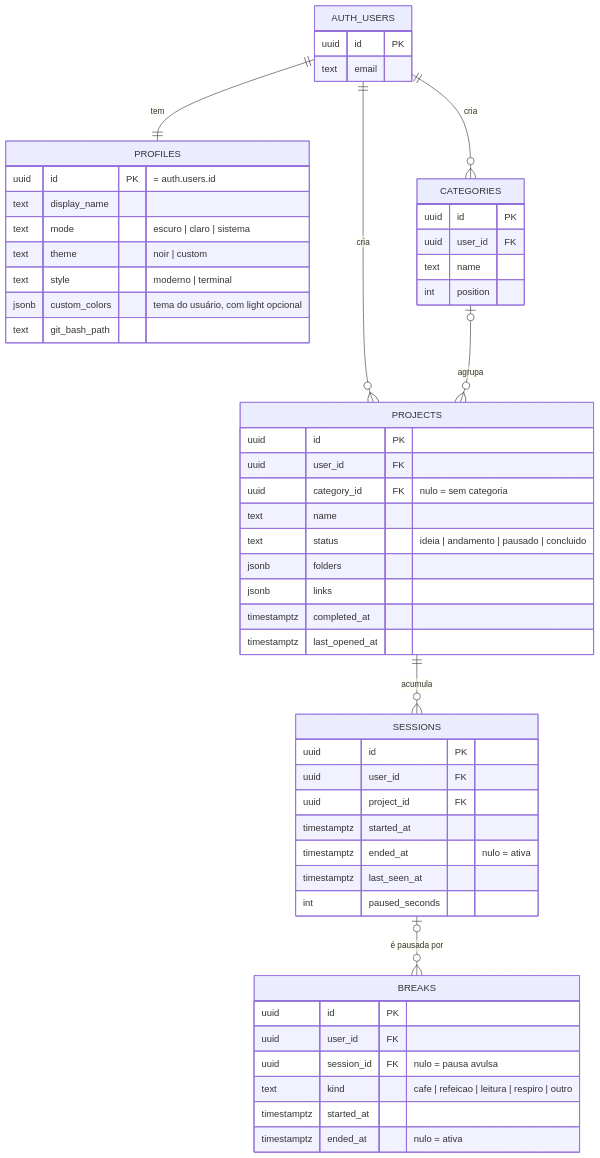
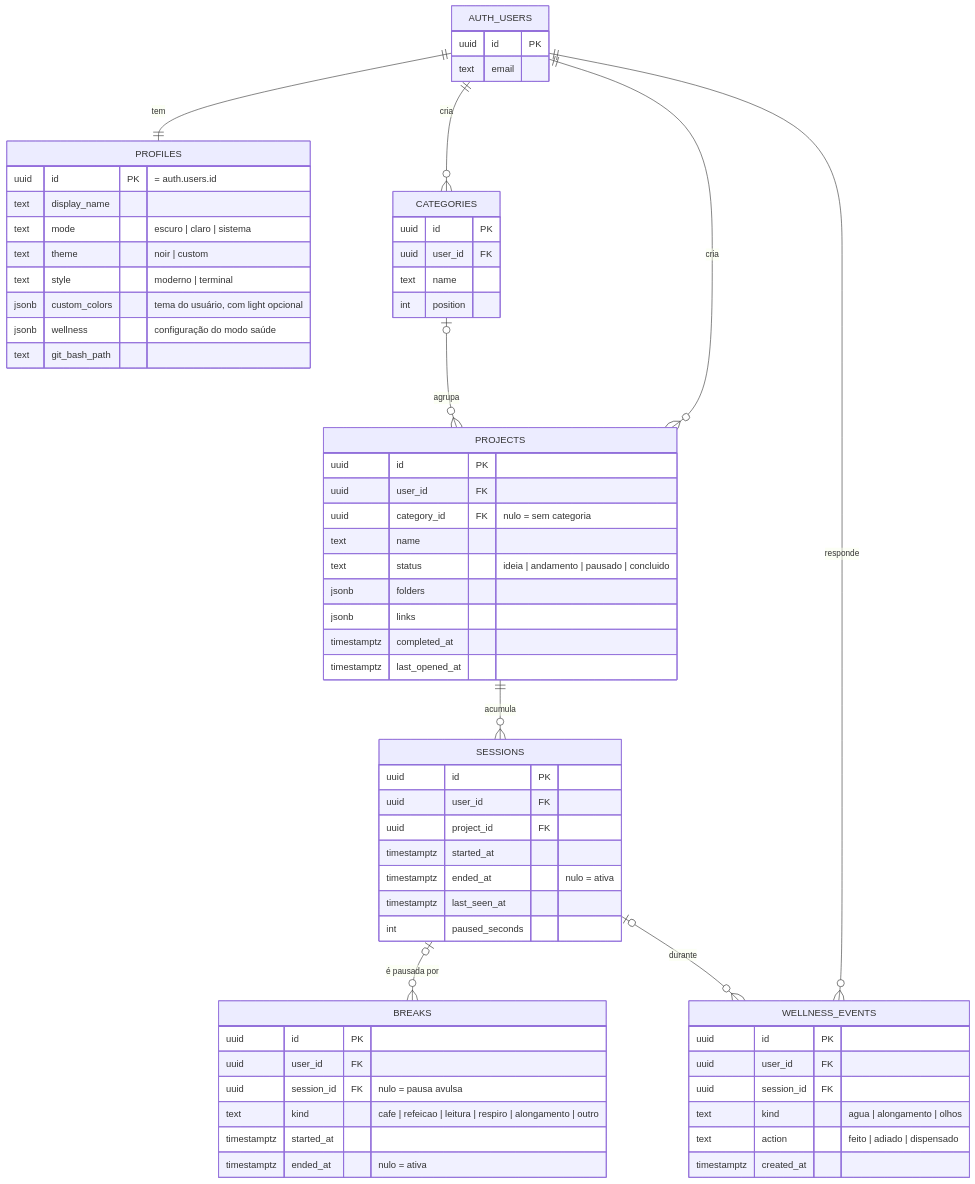
One commit to SamaraSilvia81/gwen-app changed the diagram in docs/DAT-001-modelo-de-dados.md. Above: the diagram before and after it, drawn with Mermaid. The commit also changed other lines of this file and 26 other files, not shown here.

````diff
--- a/docs/DAT-001-modelo-de-dados.md
+++ b/docs/DAT-001-modelo-de-dados.md
@@ -17,57 +17,68 @@
 ```mermaid
 erDiagram
   AUTH_USERS ||--|| PROFILES : "tem"
   AUTH_USERS ||--o{ CATEGORIES : "cria"
   AUTH_USERS ||--o{ PROJECTS : "cria"
   CATEGORIES |o--o{ PROJECTS : "agrupa"
   PROJECTS ||--o{ SESSIONS : "acumula"
   SESSIONS |o--o{ BREAKS : "é pausada por"
+  AUTH_USERS ||--o{ WELLNESS_EVENTS : "responde"
+  SESSIONS |o--o{ WELLNESS_EVENTS : "durante"
 
   AUTH_USERS {
     uuid id PK
     text email
   }
   PROFILES {
     uuid id PK "= auth.users.id"
     text display_name
     text mode "escuro | claro | sistema"
     text theme "noir | custom"
     text style "moderno | terminal"
     jsonb custom_colors "tema do usuário, com light opcional"
+    jsonb wellness "configuração do modo saúde"
     text git_bash_path
   }
   CATEGORIES {
     uuid id PK
     uuid user_id FK
     text name
     int position
   }
   PROJECTS {
     uuid id PK
     uuid user_id FK
     uuid category_id FK "nulo = sem categoria"
     text name
     text status "ideia | andamento | pausado | concluido"
     jsonb folders
     jsonb links
     timestamptz completed_at
     timestamptz last_opened_at
   }
   SESSIONS {
     uuid id PK
     uuid user_id FK
     uuid project_id FK
     timestamptz started_at
     timestamptz ended_at "nulo = ativa"
     timestamptz last_seen_at
     int paused_seconds
   }
+  WELLNESS_EVENTS {
+    uuid id PK
+    uuid user_id FK
+    uuid session_id FK
+    text kind "agua | alongamento | olhos"
+    text action "feito | adiado | dispensado"
+    timestamptz created_at
+  }
   BREAKS {
     uuid id PK
     uuid user_id FK
     uuid session_id FK "nulo = pausa avulsa"
-    text kind "cafe | refeicao | leitura | respiro | outro"
+    text kind "cafe | refeicao | leitura | respiro | alongamento | outro"
     timestamptz started_at
     timestamptz ended_at "nulo = ativa"
   }
 ```
````
